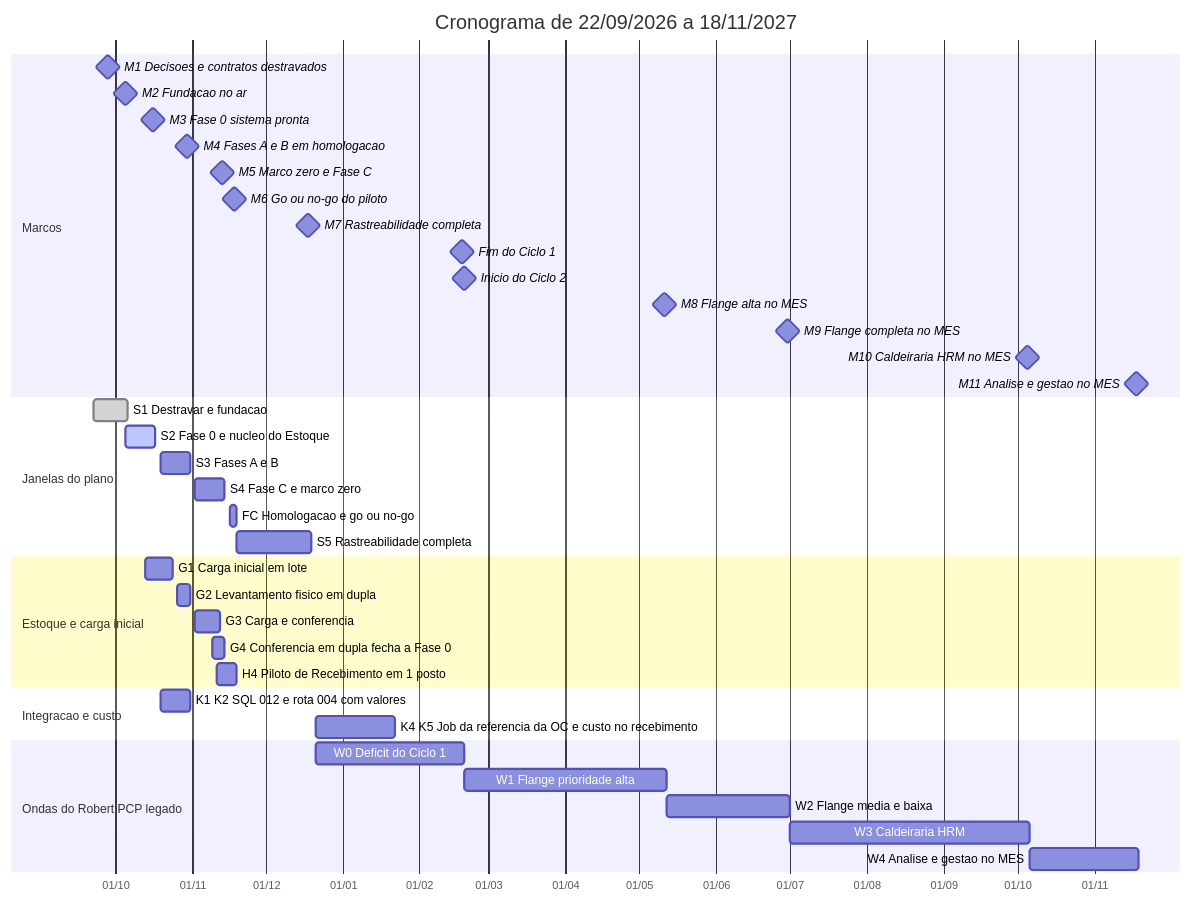
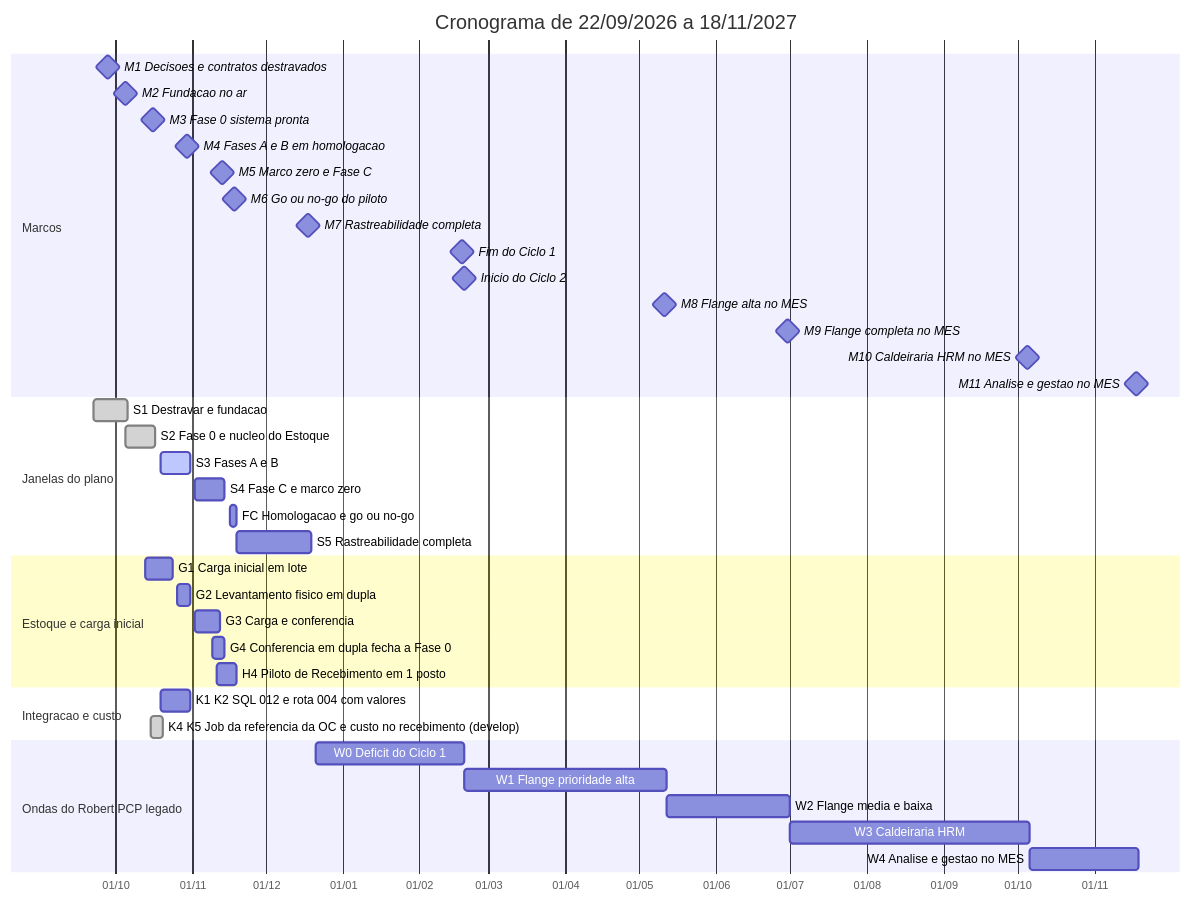
Before and after one commit to Acosvital/vault-avhub-mer: the second of 2 diagrams in 01-Projeto/Cronograma.md, drawn with Mermaid. The commit also changed other lines of this file and 125 other files, not shown here.

````diff
--- a/01-Projeto/Cronograma.md
+++ b/01-Projeto/Cronograma.md
@@ -197,43 +199,43 @@
 ```mermaid
 gantt
     title Cronograma de 22/09/2026 a 18/11/2027
     dateFormat YYYY-MM-DD
     axisFormat %d/%m
     inclusiveEndDates
     section Marcos
     M1 Decisoes e contratos destravados :milestone, m1, 2026-09-28, 0d
     M2 Fundacao no ar :milestone, m2, 2026-10-05, 0d
     M3 Fase 0 sistema pronta :milestone, m3, 2026-10-16, 0d
     M4 Fases A e B em homologacao :milestone, m4, 2026-10-30, 0d
     M5 Marco zero e Fase C :milestone, m5, 2026-11-13, 0d
     M6 Go ou no-go do piloto :milestone, m6, 2026-11-18, 0d
     M7 Rastreabilidade completa :milestone, m7, 2026-12-18, 0d
     Fim do Ciclo 1 :milestone, mc1, 2027-02-18, 0d
     Inicio do Ciclo 2 :milestone, mc2, 2027-02-19, 0d
     M8 Flange alta no MES :milestone, m8, 2027-05-11, 0d
     M9 Flange completa no MES :milestone, m9, 2027-06-30, 0d
     M10 Caldeiraria HRM no MES :milestone, m10, 2027-10-05, 0d
     M11 Analise e gestao no MES :milestone, m11, 2027-11-18, 0d
     section Janelas do plano
     S1 Destravar e fundacao :done, s1, 2026-09-22, 2026-10-05
-    S2 Fase 0 e nucleo do Estoque :active, s2, 2026-10-05, 2026-10-16
-    S3 Fases A e B :s3, 2026-10-19, 2026-10-30
+    S2 Fase 0 e nucleo do Estoque :done, s2, 2026-10-05, 2026-10-16
+    S3 Fases A e B :active, s3, 2026-10-19, 2026-10-30
     S4 Fase C e marco zero :s4, 2026-11-02, 2026-11-13
     FC Homologacao e go ou no-go :fc, 2026-11-16, 2026-11-18
     S5 Rastreabilidade completa :s5, 2026-11-19, 2026-12-18
     section Estoque e carga inicial
     G1 Carga inicial em lote :g1, 2026-10-13, 2026-10-23
     G2 Levantamento fisico em dupla :g2, 2026-10-26, 2026-10-30
     G3 Carga e conferencia :g3, 2026-11-02, 2026-11-11
     G4 Conferencia em dupla fecha a Fase 0 :g4, 2026-11-09, 2026-11-13
     H4 Piloto de Recebimento em 1 posto :h4, 2026-11-11, 2026-11-18
     section Integracao e custo
     K1 K2 SQL 012 e rota 004 com valores :k12, 2026-10-19, 2026-10-30
-    K4 K5 Job da referencia da OC e custo no recebimento :k45, 2026-12-21, 2027-01-21
+    K4 K5 Job da referencia da OC e custo no recebimento (develop) :done, k45, 2026-10-15, 2026-10-19
     section Ondas do Robert PCP legado
     W0 Deficit do Ciclo 1 :w0, 2026-12-21, 2027-02-18
     W1 Flange prioridade alta :w1, 2027-02-19, 2027-05-11
     W2 Flange media e baixa :w2, 2027-05-12, 2027-06-30
     W3 Caldeiraria HRM :w3, 2027-07-01, 2027-10-05
     W4 Analise e gestao no MES :w4, 2027-10-06, 2027-11-18
 ```
````
